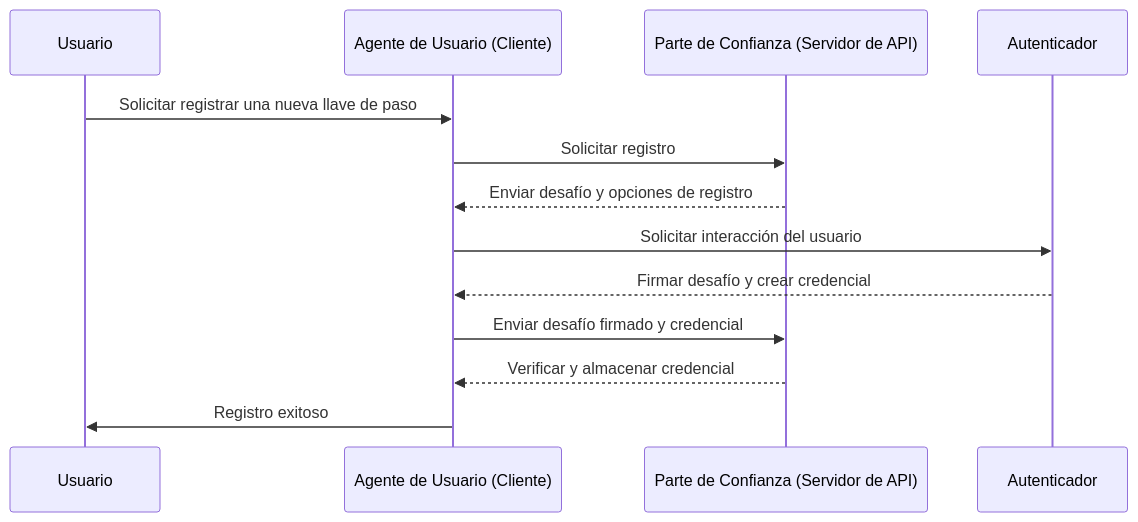
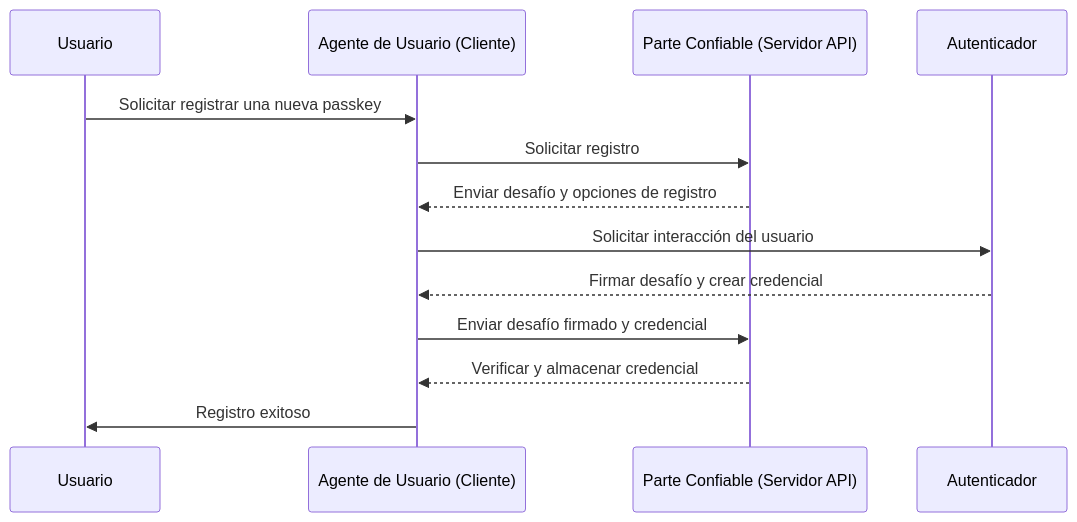
One commit to logto-io/auth-wiki changed the first of 2 diagrams in src/content/terms/es/webauthn.mdx. Above: the diagram before and after it, drawn with Mermaid. The commit also changed other lines of this file and 98 other files, not shown here.

````diff
--- a/src/content/terms/es/webauthn.mdx
+++ b/src/content/terms/es/webauthn.mdx
@@ -39,16 +47,16 @@
 ```mermaid
 sequenceDiagram
 	participant Usuario
 	participant Agente de Usuario (Cliente)
-	participant Parte de Confianza (Servidor de API) 
+	participant Parte Confiable (Servidor API) 
 	participant Autenticador
 
-	Usuario ->> Agente de Usuario (Cliente): Solicitar registrar una nueva llave de paso
-	Agente de Usuario (Cliente) ->> Parte de Confianza (Servidor de API): Solicitar registro
-	Parte de Confianza (Servidor de API) -->> Agente de Usuario (Cliente): Enviar desafío y opciones de registro
+	Usuario ->> Agente de Usuario (Cliente): Solicitar registrar una nueva passkey
+	Agente de Usuario (Cliente) ->> Parte Confiable (Servidor API): Solicitar registro
+	Parte Confiable (Servidor API) -->> Agente de Usuario (Cliente): Enviar desafío y opciones de registro
 	Agente de Usuario (Cliente) ->> Autenticador: Solicitar interacción del usuario
 	Autenticador -->> Agente de Usuario (Cliente): Firmar desafío y crear credencial
-	Agente de Usuario (Cliente) ->> Parte de Confianza (Servidor de API): Enviar desafío firmado y credencial
-	Parte de Confianza (Servidor de API) -->> Agente de Usuario (Cliente): Verificar y almacenar credencial
+	Agente de Usuario (Cliente) ->> Parte Confiable (Servidor API): Enviar desafío firmado y credencial
+	Parte Confiable (Servidor API) -->> Agente de Usuario (Cliente): Verificar y almacenar credencial
 	Agente de Usuario (Cliente) ->> Usuario: Registro exitoso
 ```
````
